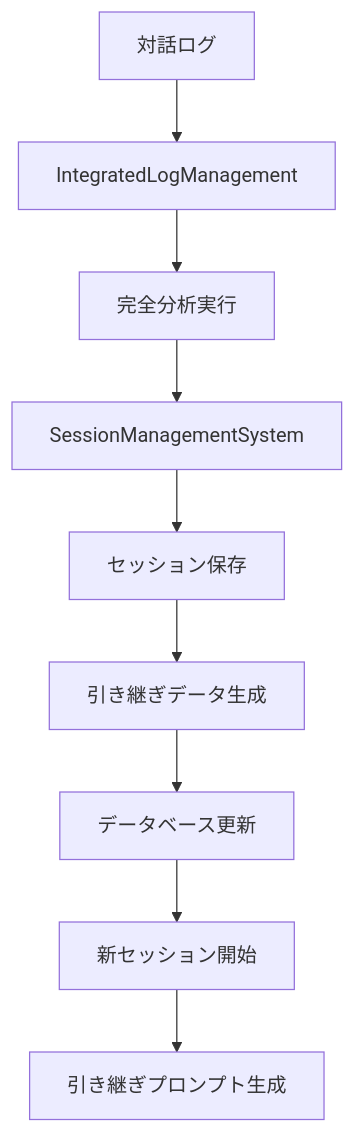
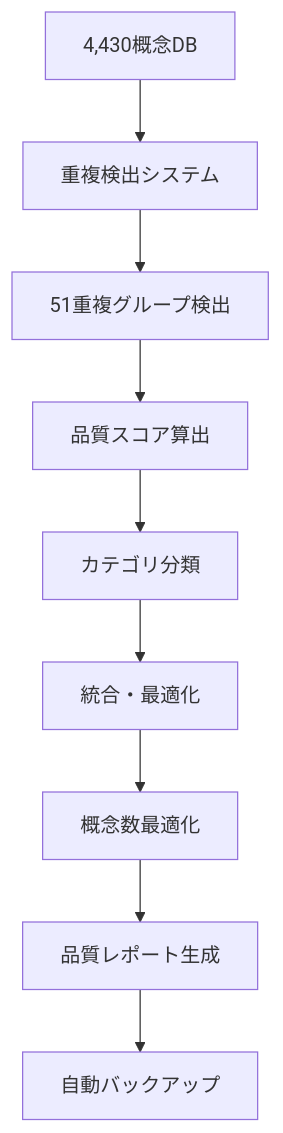
One commit to dvcampanula/structured-dialogue-tools changed the second of 3 diagrams in docs/SYSTEM_OVERVIEW.md. Above: the diagram before and after it, drawn with Mermaid. The commit also changed other lines of this file and 23 other files, not shown here.

````diff
--- a/docs/SYSTEM_OVERVIEW.md
+++ b/docs/SYSTEM_OVERVIEW.md
@@ -92,11 +93,11 @@
 ```mermaid
 graph TD
-    A[対話ログ] --> B[IntegratedLogManagement]
-    B --> C[完全分析実行]
-    C --> D[SessionManagementSystem]
-    D --> E[セッション保存]
-    E --> F[引き継ぎデータ生成]
-    F --> G[データベース更新]
-    G --> H[新セッション開始]
-    H --> I[引き継ぎプロンプト生成]
+    A[4,430概念DB] --> B[重複検出システム]
+    B --> C[51重複グループ検出]
+    C --> D[品質スコア算出]
+    D --> E[カテゴリ分類]
+    E --> F[統合・最適化]
+    F --> G[概念数最適化]
+    G --> H[品質レポート生成]
+    H --> I[自動バックアップ]
 ```
````
